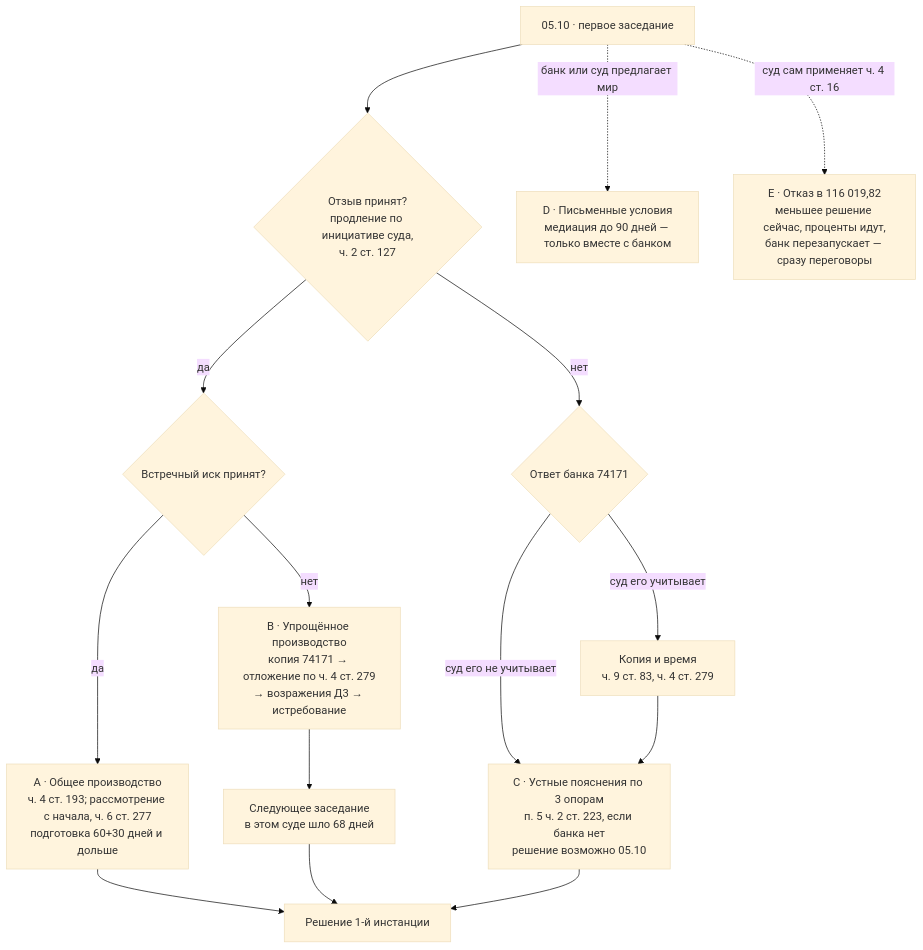
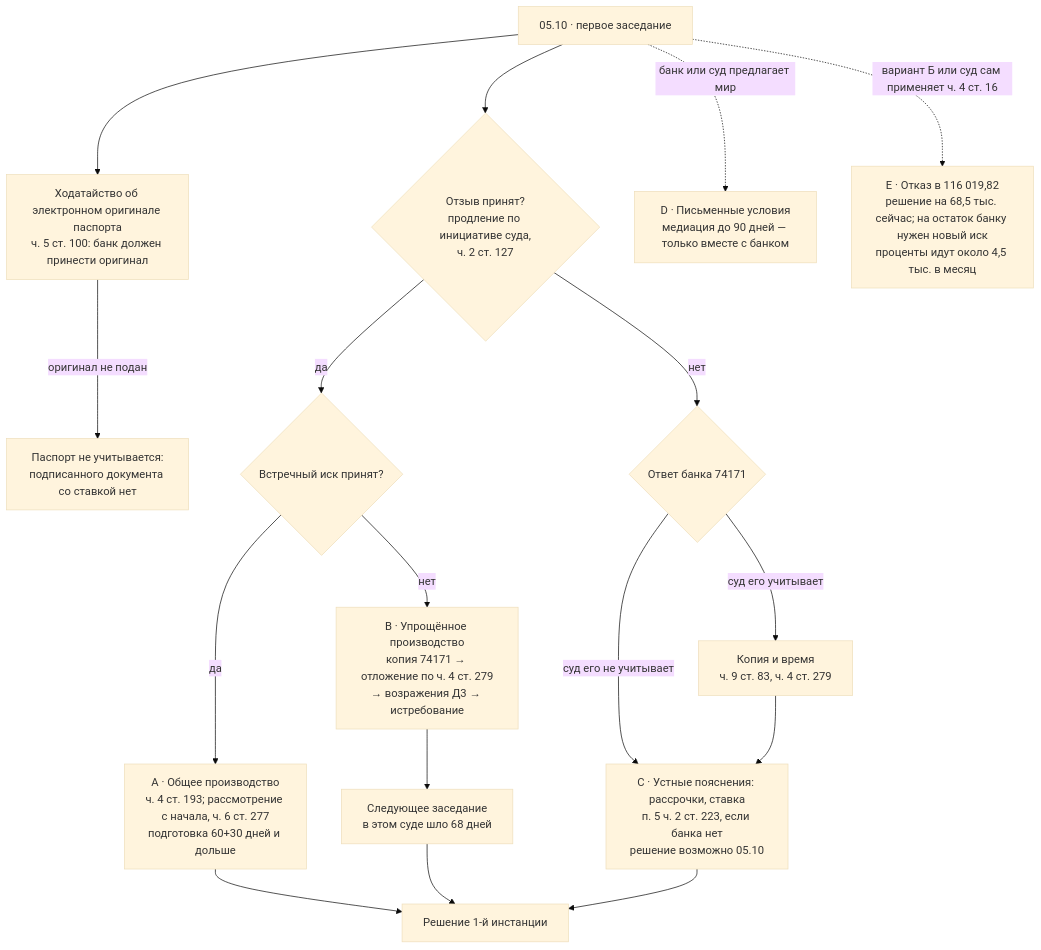
Before and after one commit to FARTOFALOS/advokat: the first of 2 diagrams in ABANK/00_ТЕКУЩЕЕ/01_ГДЕ_МЫ_СЕЙЧАС.md, drawn with Mermaid (base theme). The commit also changed other lines of this file and 25 other files, not shown here.

````diff
--- a/ABANK/00_ТЕКУЩЕЕ/01_ГДЕ_МЫ_СЕЙЧАС.md
+++ b/ABANK/00_ТЕКУЩЕЕ/01_ГДЕ_МЫ_СЕЙЧАС.md
@@ -42,16 +48,18 @@
 ```mermaid
 flowchart TD
   S["05.10 · первое заседание"] --> Q1{"Отзыв принят?<br/>продление по инициативе суда,<br/>ч. 2 ст. 127"}
+  S --> OR["Ходатайство об электронном оригинале паспорта<br/>ч. 5 ст. 100: банк должен принести оригинал"]
+  OR -->|оригинал не подан| X["Паспорт не учитывается:<br/>подписанного документа со ставкой нет"]
   Q1 -->|да| Q2{"Встречный иск принят?"}
   Q2 -->|да| A["A · Общее производство<br/>ч. 4 ст. 193; рассмотрение с начала, ч. 6 ст. 277<br/>подготовка 60+30 дней и дольше"]
   Q2 -->|нет| B["B · Упрощённое производство<br/>копия 74171 → отложение по ч. 4 ст. 279<br/>→ возражения Д3 → истребование"]
   B --> B2["Следующее заседание<br/>в этом суде шло 68 дней"]
   Q1 -->|нет| C0{"Ответ банка 74171"}
-  C0 -->|суд его не учитывает| C["C · Устные пояснения по 3 опорам<br/>п. 5 ч. 2 ст. 223, если банка нет<br/>решение возможно 05.10"]
+  C0 -->|суд его не учитывает| C["C · Устные пояснения: рассрочки, ставка<br/>п. 5 ч. 2 ст. 223, если банка нет<br/>решение возможно 05.10"]
   C0 -->|суд его учитывает| C1["Копия и время<br/>ч. 9 ст. 83, ч. 4 ст. 279"] --> C
   S -.->|банк или суд предлагает мир| D["D · Письменные условия<br/>медиация до 90 дней — только вместе с банком"]
-  S -.->|суд сам применяет ч. 4 ст. 16| E["E · Отказ в 116 019,82<br/>меньшее решение сейчас, проценты идут,<br/>банк перезапускает — сразу переговоры"]
+  S -.->|вариант Б или суд сам применяет ч. 4 ст. 16| E["E · Отказ в 116 019,82<br/>решение на 68,5 тыс. сейчас; на остаток банку нужен новый иск<br/>проценты идут около 4,5 тыс. в месяц"]
   A --> R["Решение 1-й инстанции"]
   B2 --> R
   C --> R
 ```
````
